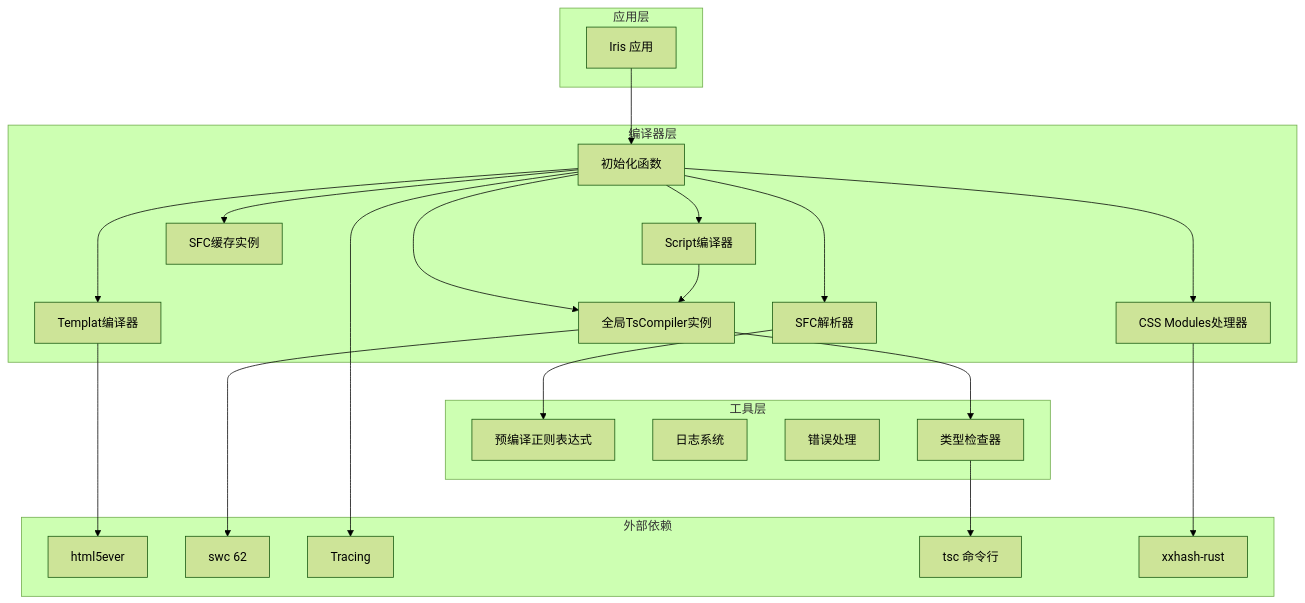
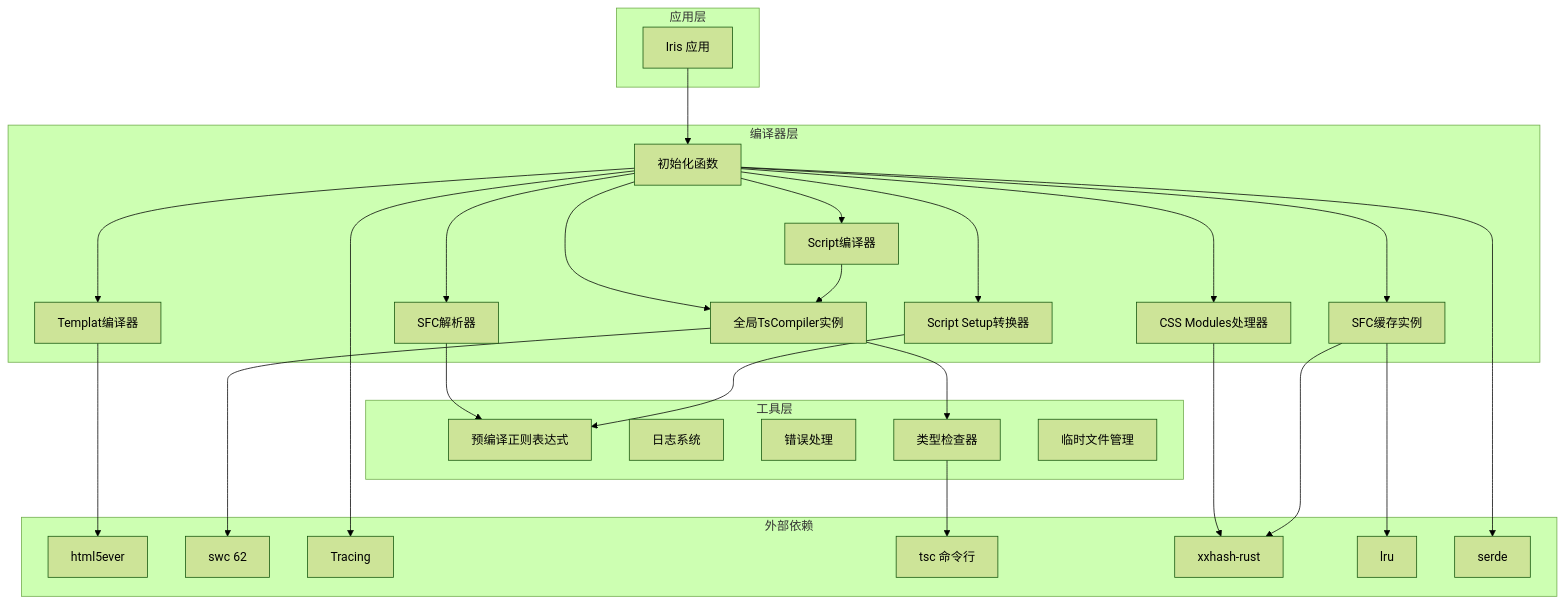
One commit to itszzl-sudo/iris changed the third of 22 diagrams in .qoder/repowiki/zh/content/技术架构详解/即时转译系统/SFC编译器初始化机制/SFC编译器初始化机制.md. Above: the diagram before and after it, drawn with Mermaid (forest theme). The commit also changed other lines of this file and 8 other files, not shown here.

First line of the commit message:
fix: 修复 script_setup 编译器宏解析并创建架构分析文档

````diff
--- a/.qoder/repowiki/zh/content/技术架构详解/即时转译系统/SFC编译器初始化机制/SFC编译器初始化机制.md
+++ b/.qoder/repowiki/zh/content/技术架构详解/即时转译系统/SFC编译器初始化机制/SFC编译器初始化机制.md
@@ -149,43 +176,52 @@
 ```mermaid
 graph TB
 subgraph "应用层"
 App[Iris 应用]
 end
 subgraph "编译器层"
 Init[初始化函数]
 Parser[SFC解析器]
 Template[Templat编译器]
 Script[Script编译器]
 GlobalTsCompiler[全局TsCompiler实例]
 CssModules[CSS Modules处理器]
 Cache[SFC缓存实例]
+ScriptSetup[Script Setup转换器]
 end
 subgraph "工具层"
 Regex[预编译正则表达式]
 Logger[日志系统]
 Error[错误处理]
 TypeChecker[类型检查器]
+TempFiles[临时文件管理]
 end
 subgraph "外部依赖"
 Html5ever[html5ever]
 Swc[swc 62]
 Tracing[Tracing]
 Tsc[tsc 命令行]
 Xxhash[xxhash-rust]
+Lru[lru]
+Endecode[serde]
 end
 App --> Init
 Init --> Parser
 Init --> Template
 Init --> Script
 Init --> GlobalTsCompiler
 Init --> CssModules
 Init --> Cache
+Init --> ScriptSetup
 Parser --> Regex
 Template --> Html5ever
 Script --> GlobalTsCompiler
 GlobalTsCompiler --> Swc
 GlobalTsCompiler --> TypeChecker
 TypeChecker --> Tsc
 CssModules --> Xxhash
+Cache --> Lru
+Cache --> Xxhash
+ScriptSetup --> Regex
 Init --> Tracing
+Init --> Endecode
 ```
````
